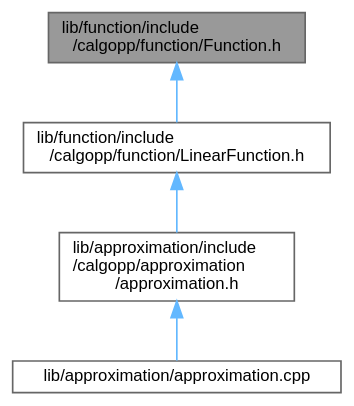
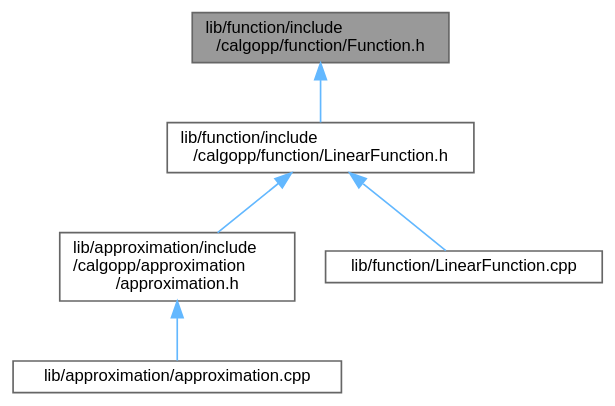
One commit to pawelekg95/algopp changed the diagram in Function_8h__dep__incl.dot. Above: the diagram before and after it, drawn with Graphviz. The commit also changed 57 other files, not shown here.

```diff
--- a/Function_8h__dep__incl.dot
+++ b/Function_8h__dep__incl.dot
@@ -1,14 +1,16 @@
 digraph "lib/function/include/calgopp/function/Function.h"
 {
  // LATEX_PDF_SIZE
   bgcolor="transparent";
   edge [fontname=Helvetica,fontsize=10,labelfontname=Helvetica,labelfontsize=10];
   node [fontname=Helvetica,fontsize=10,shape=box,height=0.2,width=0.4];
   Node1 [label="lib/function/include\l/calgopp/function/Function.h",height=0.2,width=0.4,color="gray40", fillcolor="grey60", style="filled", fontcolor="black",tooltip=" "];
   Node1 -> Node2 [dir="back",color="steelblue1",style="solid"];
   Node2 [label="lib/function/include\l/calgopp/function/LinearFunction.h",height=0.2,width=0.4,color="grey40", fillcolor="white", style="filled",URL="$LinearFunction_8h.html",tooltip=" "];
   Node2 -> Node3 [dir="back",color="steelblue1",style="solid"];
   Node3 [label="lib/approximation/include\l/calgopp/approximation\l/approximation.h",height=0.2,width=0.4,color="grey40", fillcolor="white", style="filled",URL="$approximation_8h.html",tooltip=" "];
   Node3 -> Node4 [dir="back",color="steelblue1",style="solid"];
   Node4 [label="lib/approximation/approximation.cpp",height=0.2,width=0.4,color="grey40", fillcolor="white", style="filled",URL="$approximation_8cpp.html",tooltip=" "];
+  Node2 -> Node5 [dir="back",color="steelblue1",style="solid"];
+  Node5 [label="lib/function/LinearFunction.cpp",height=0.2,width=0.4,color="grey40", fillcolor="white", style="filled",URL="$LinearFunction_8cpp.html",tooltip=" "];
 }
```
